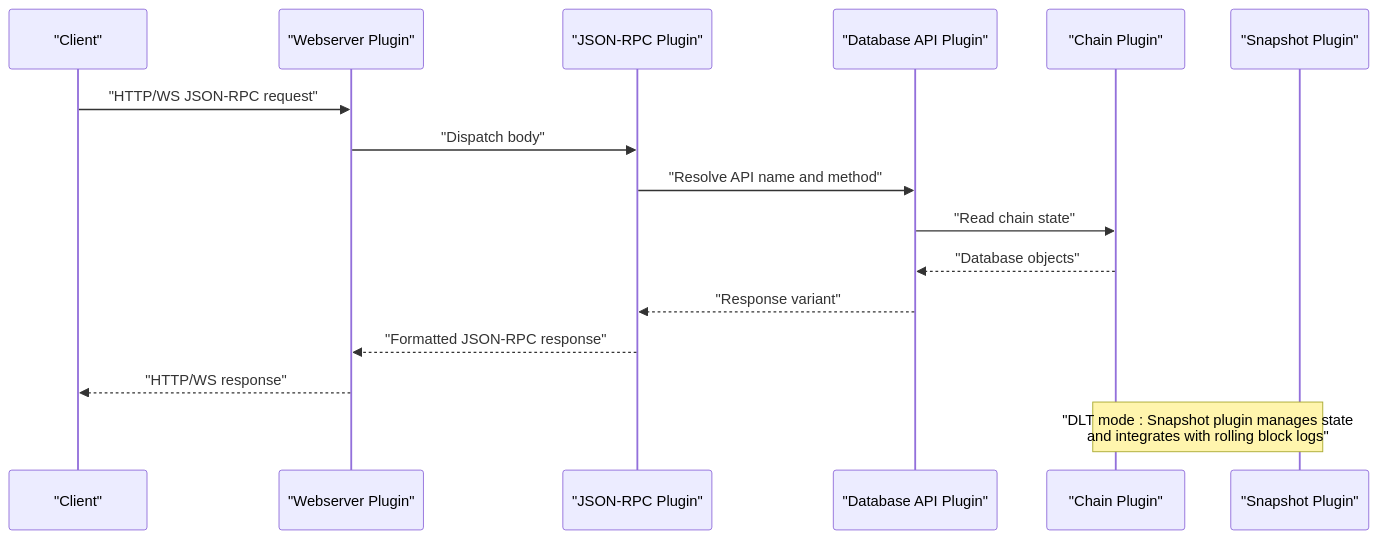
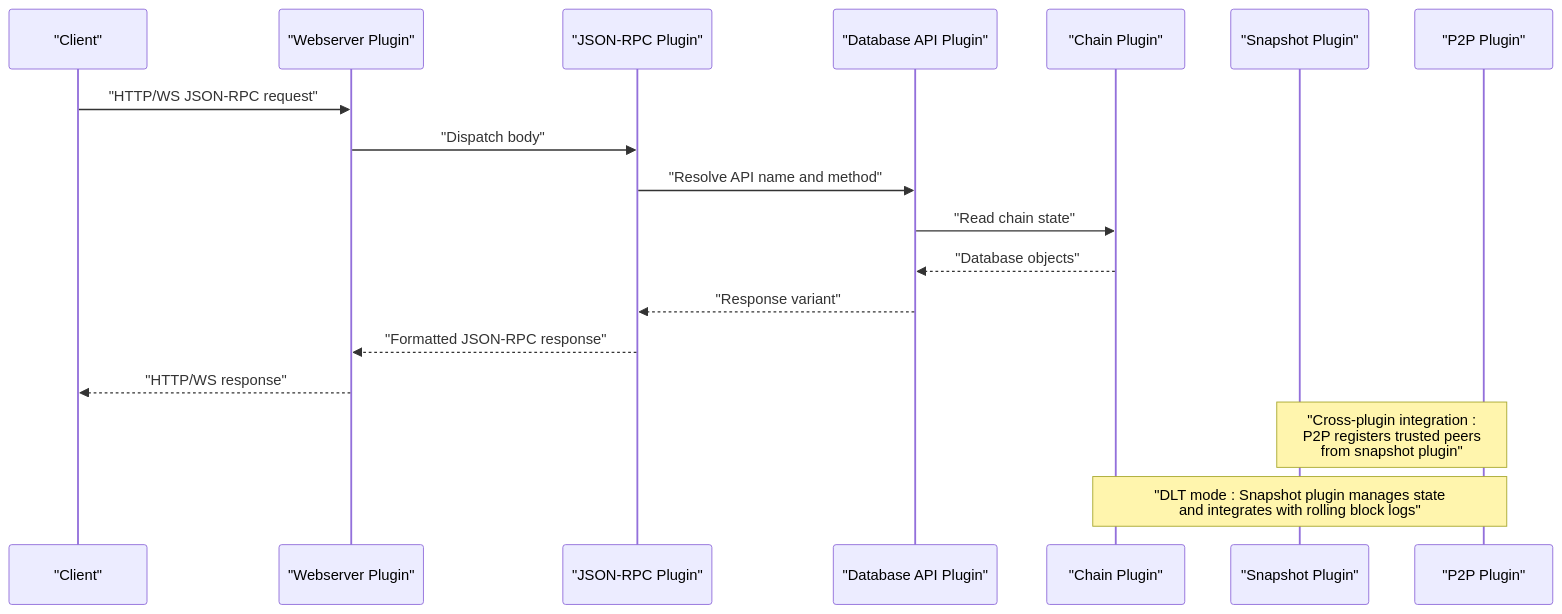
One commit to VIZ-Blockchain/viz-cpp-node changed the second of 20 diagrams in .qoder/repowiki/en/content/Plugin System/Plugin System.md. Above: the diagram before and after it, drawn with Mermaid. The commit also changed other lines of this file and 5 other files, not shown here.

````diff
--- a/.qoder/repowiki/en/content/Plugin System/Plugin System.md
+++ b/.qoder/repowiki/en/content/Plugin System/Plugin System.md
@@ -125,18 +134,20 @@
 ```mermaid
 sequenceDiagram
 participant Client as "Client"
 participant WS as "Webserver Plugin"
 participant RPC as "JSON-RPC Plugin"
 participant DBAPI as "Database API Plugin"
 participant CHAIN as "Chain Plugin"
 participant SNAP as "Snapshot Plugin"
+participant P2P as "P2P Plugin"
 Client->>WS : "HTTP/WS JSON-RPC request"
 WS->>RPC : "Dispatch body"
 RPC->>DBAPI : "Resolve API name and method"
 DBAPI->>CHAIN : "Read chain state"
 CHAIN-->>DBAPI : "Database objects"
 DBAPI-->>RPC : "Response variant"
 RPC-->>WS : "Formatted JSON-RPC response"
 WS-->>Client : "HTTP/WS response"
-Note over SNAP,CHAIN : "DLT mode : Snapshot plugin manages state<br/>and integrates with rolling block logs"
+Note over SNAP,P2P : "Cross-plugin integration : <br/>P2P registers trusted peers<br/>from snapshot plugin"
+Note over P2P,CHAIN : "DLT mode : Snapshot plugin manages state<br/>and integrates with rolling block logs"
 ```
````
